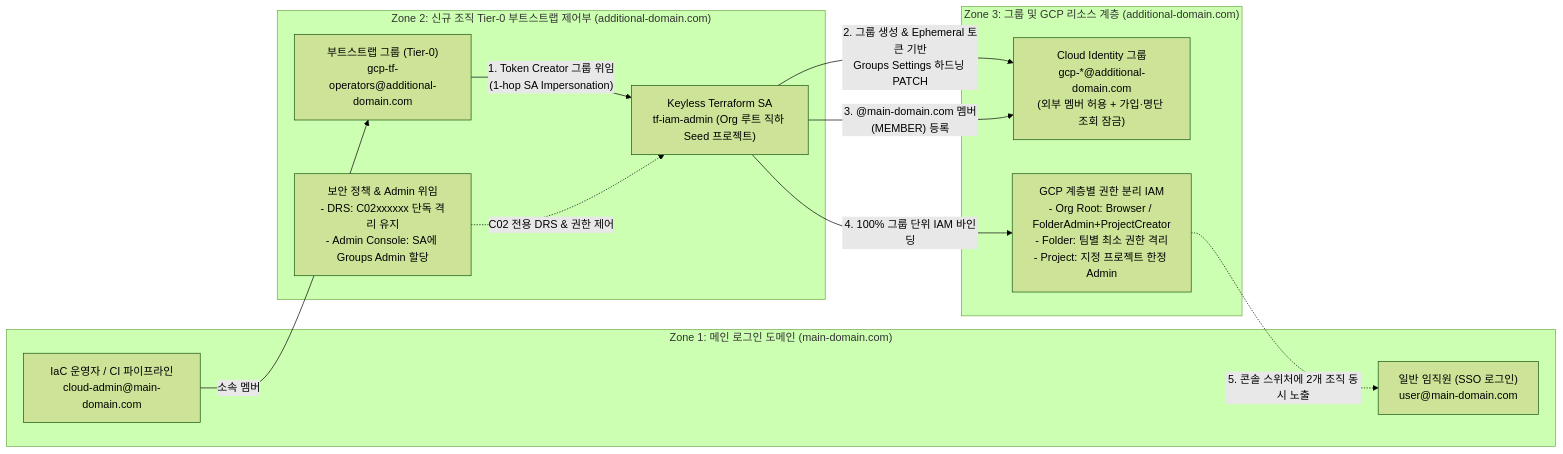
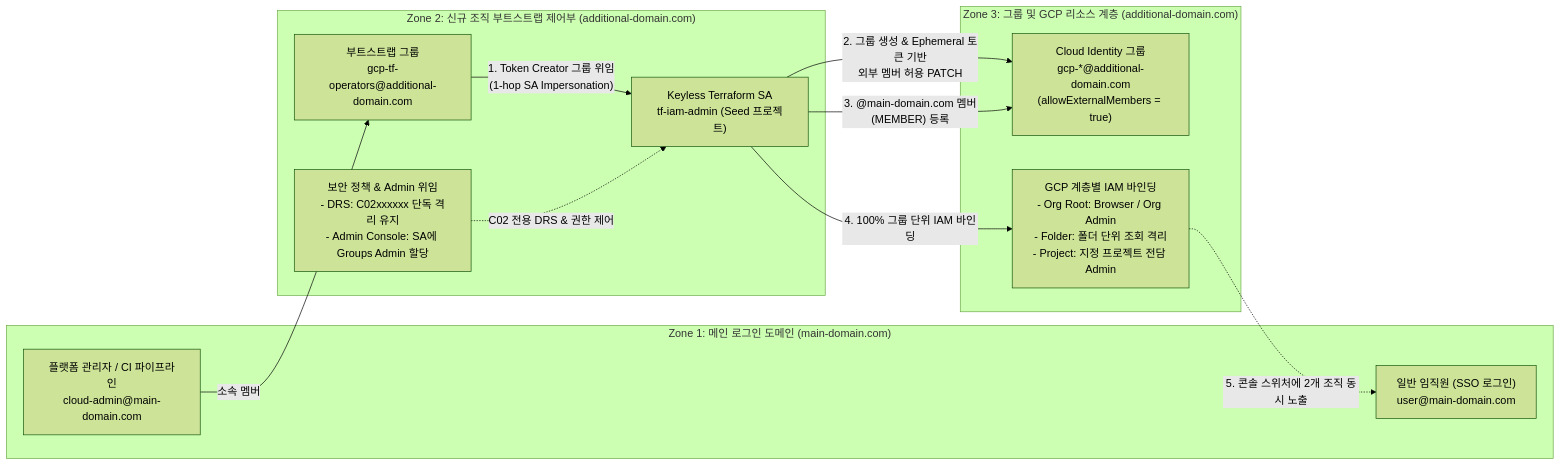
One commit to rom2019/gcp-sandbox changed the first of 2 diagrams in iam/multi-org-group-iam/README.md. Above: the diagram before and after it, drawn with Mermaid (forest theme). The commit also changed other lines of this file and 5 other files, not shown here.

Commit message:
refactor(iam/multi-org-group-iam): simplify demo roles and streamline README

````diff
--- a/iam/multi-org-group-iam/README.md
+++ b/iam/multi-org-group-iam/README.md
@@ -24,26 +24,26 @@
 ```mermaid
 flowchart LR
     subgraph Zone1["Zone 1: 메인 로그인 도메인 (main-domain.com)"]
         User["일반 임직원 (SSO 로그인)\nuser@main-domain.com"]
-        Admin["IaC 운영자 / CI 파이프라인\ncloud-admin@main-domain.com"]
+        Admin["플랫폼 관리자 / CI 파이프라인\ncloud-admin@main-domain.com"]
     end
 
-    subgraph Zone2["Zone 2: 신규 조직 Tier-0 부트스트랩 제어부 (additional-domain.com)"]
-        OpGroup["부트스트랩 그룹 (Tier-0)\ngcp-tf-operators@additional-domain.com"]
-        SA["Keyless Terraform SA\ntf-iam-admin (Org 루트 직하 Seed 프로젝트)"]
+    subgraph Zone2["Zone 2: 신규 조직 부트스트랩 제어부 (additional-domain.com)"]
+        OpGroup["부트스트랩 그룹\ngcp-tf-operators@additional-domain.com"]
+        SA["Keyless Terraform SA\ntf-iam-admin (Seed 프로젝트)"]
         Policy["보안 정책 & Admin 위임\n- DRS: C02xxxxxx 단독 격리 유지\n- Admin Console: SA에 Groups Admin 할당"]
     end
 
     subgraph Zone3["Zone 3: 그룹 및 GCP 리소스 계층 (additional-domain.com)"]
-        CIG["Cloud Identity 그룹\ngcp-*@additional-domain.com\n(외부 멤버 허용 + 가입·명단 조회 잠금)"]
-        OrgIAM["GCP 계층별 권한 분리 IAM\n- Org Root: Browser / FolderAdmin+ProjectCreator\n- Folder: 팀별 최소 권한 격리\n- Project: 지정 프로젝트 한정 Admin"]
+        CIG["Cloud Identity 그룹\ngcp-*@additional-domain.com\n(allowExternalMembers = true)"]
+        OrgIAM["GCP 계층별 IAM 바인딩\n- Org Root: Browser / Org Admin\n- Folder: 폴더 단위 조회 격리\n- Project: 지정 프로젝트 전담 Admin"]
     end
 
     Admin -->|"소속 멤버"| OpGroup
     OpGroup -->|"1. Token Creator 그룹 위임\n(1-hop SA Impersonation)"| SA
     Policy -.->|"C02 전용 DRS & 권한 제어"| SA
-    SA -->|"2. 그룹 생성 & Ephemeral 토큰 기반\nGroups Settings 하드닝 PATCH"| CIG
+    SA -->|"2. 그룹 생성 & Ephemeral 토큰 기반\n외부 멤버 허용 PATCH"| CIG
     SA -->|"3. @main-domain.com 멤버(MEMBER) 등록"| CIG
     SA -->|"4. 100% 그룹 단위 IAM 바인딩"| OrgIAM
     OrgIAM -.->|"5. 콘솔 스위처에 2개 조직 동시 노출"| User
 ```
````
